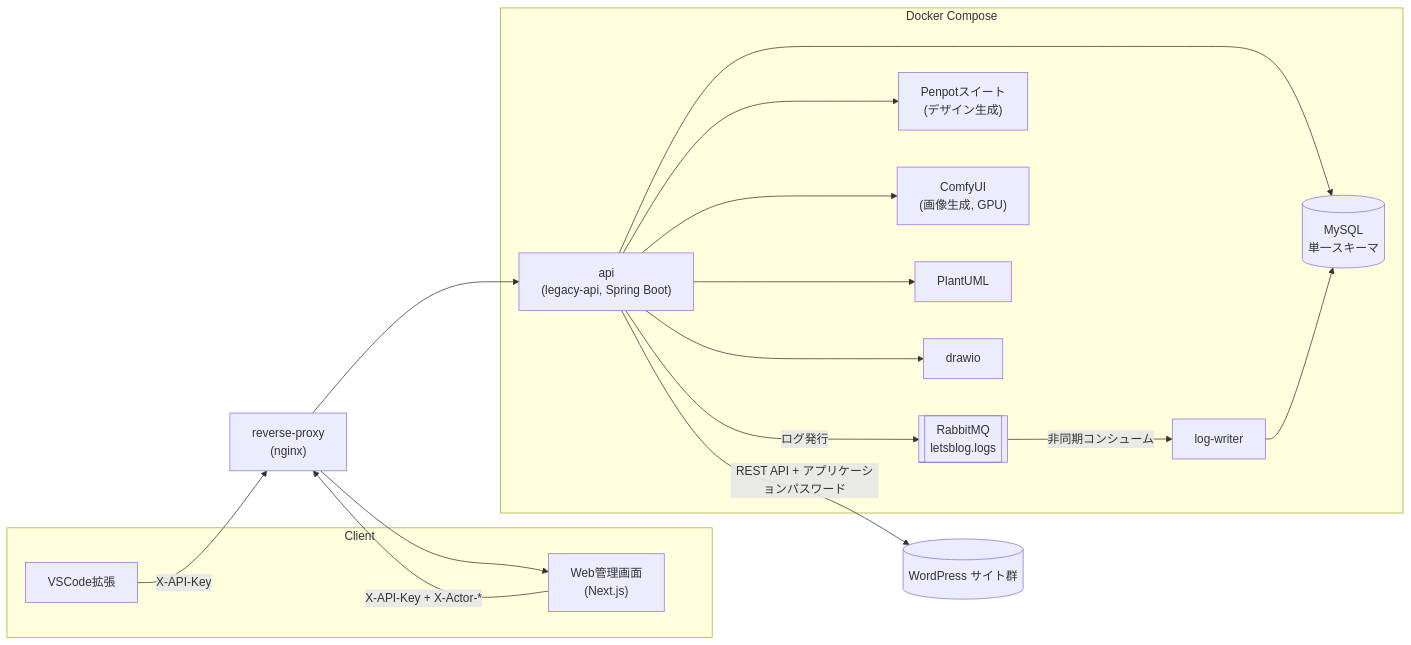
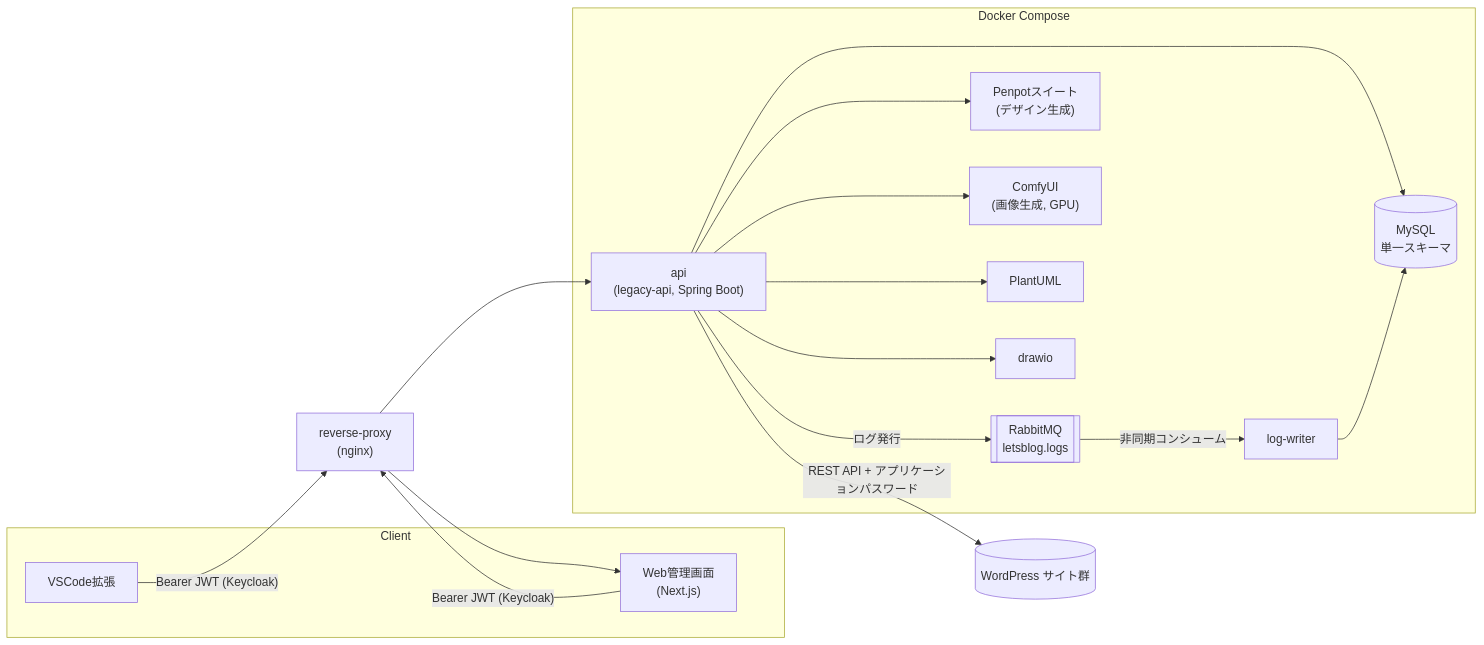
The first of 2 diagrams in README.md (tonoccho/lets_blog_server), drawn with Mermaid before and after one commit. The commit also changed other lines of this file and 64 other files, not shown here.

````diff
--- a/README.md
+++ b/README.md
@@ -20,36 +20,36 @@
 ```mermaid
 flowchart LR
     subgraph Client
         VSCode["VSCode拡張"]
         Web["Web管理画面<br/>(Next.js)"]
     end
 
     RP["reverse-proxy<br/>(nginx)"]
 
     subgraph Server["Docker Compose"]
         API["api<br/>(legacy-api, Spring Boot)"]
         LW["log-writer"]
         MySQL[(MySQL<br/>単一スキーマ)]
         RMQ[["RabbitMQ<br/>letsblog.logs"]]
         Penpot["Penpotスイート<br/>(デザイン生成)"]
         ComfyUI["ComfyUI<br/>(画像生成, GPU)"]
         PlantUML["PlantUML"]
         Drawio["drawio"]
     end
 
     WP[("WordPress サイト群")]
 
-    VSCode -- "X-API-Key" --> RP
-    Web -- "X-API-Key + X-Actor-*" --> RP
+    VSCode -- "Bearer JWT (Keycloak)" --> RP
+    Web -- "Bearer JWT (Keycloak)" --> RP
     RP --> API
     RP --> Web
     API --> MySQL
     API -- "ログ発行" --> RMQ
     RMQ -- "非同期コンシューム" --> LW
     LW --> MySQL
     API --> Penpot
     API --> ComfyUI
     API --> PlantUML
     API --> Drawio
     API -- "REST API + アプリケーションパスワード" --> WP
 ```
````
